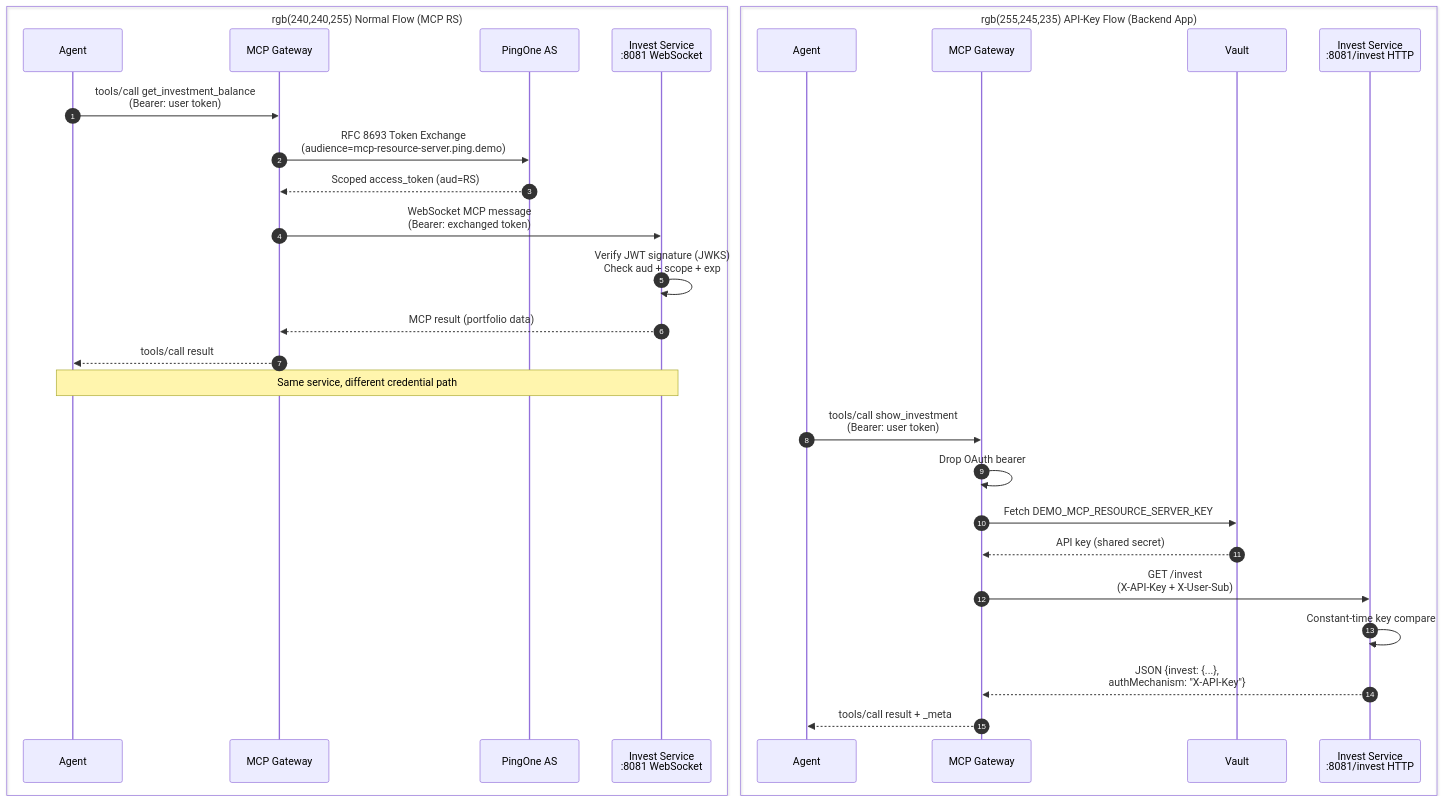
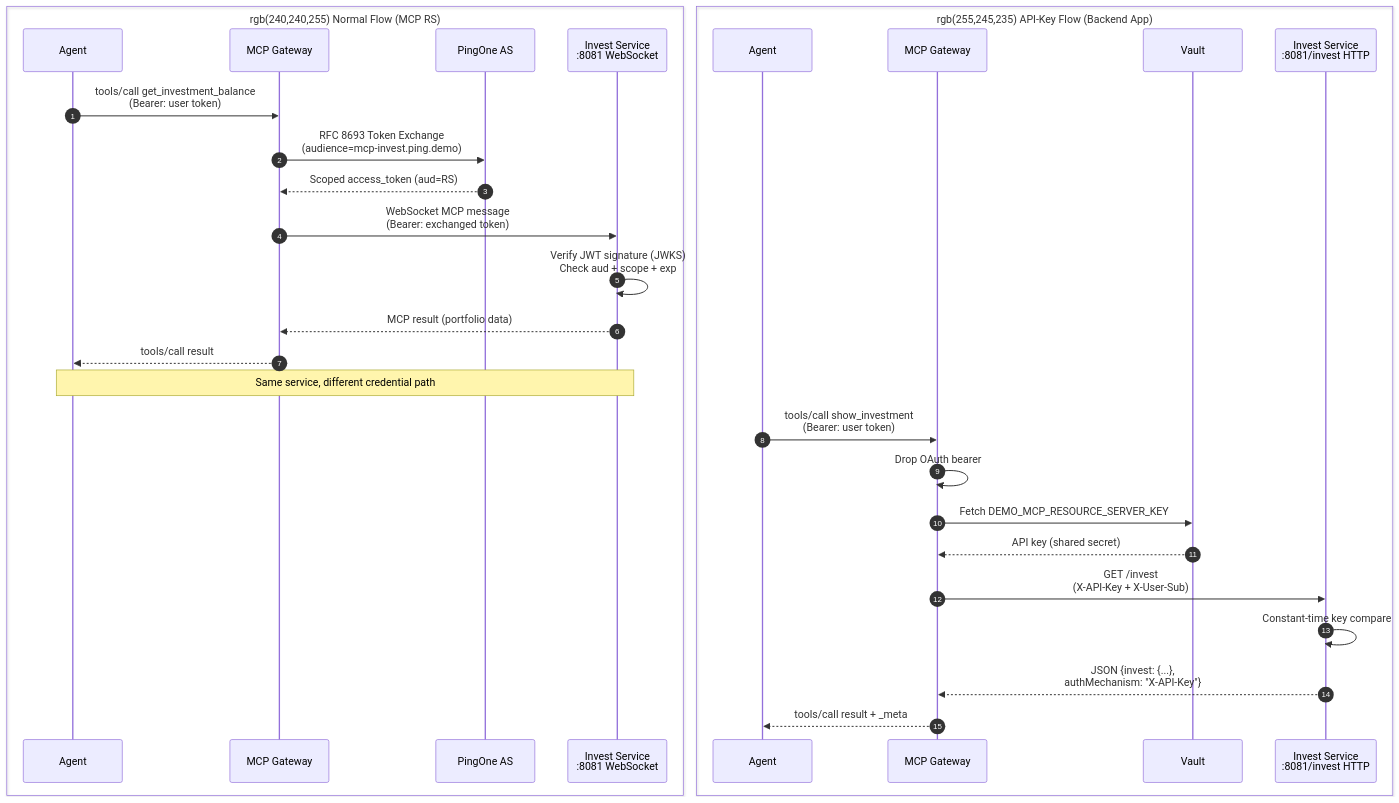
The diagram in docs/diagrams/invest-dual-auth.mmd (curtismu7/AI-DEMO2), drawn with Mermaid before and after one commit. The commit also changed 9 other files, not shown here.

First line of the commit message:
docs(ui): stop teaching mcp-resource-server.ping.demo as the invest audience

```diff
--- a/docs/diagrams/invest-dual-auth.mmd
+++ b/docs/diagrams/invest-dual-auth.mmd
@@ -1,34 +1,34 @@
 sequenceDiagram
     autonumber
     box rgb(240,240,255) Normal Flow (MCP RS)
     participant Agent
     participant GW as MCP Gateway
     participant P1 as PingOne AS
     participant RS as Invest Service<br/>:8081 WebSocket
     end
 
     Agent->>GW: tools/call get_investment_balance<br/>(Bearer: user token)
-    GW->>P1: RFC 8693 Token Exchange<br/>(audience=mcp-resource-server.ping.demo)
+    GW->>P1: RFC 8693 Token Exchange<br/>(audience=mcp-invest.ping.demo)
     P1-->>GW: Scoped access_token (aud=RS)
     GW->>RS: WebSocket MCP message<br/>(Bearer: exchanged token)
     RS->>RS: Verify JWT signature (JWKS)<br/>Check aud + scope + exp
     RS-->>GW: MCP result (portfolio data)
     GW-->>Agent: tools/call result
 
     Note over Agent,RS: Same service, different credential path
 
     box rgb(255,245,235) API-Key Flow (Backend App)
     participant Agent2 as Agent
     participant GW2 as MCP Gateway
     participant Vault as Vault
     participant App as Invest Service<br/>:8081/invest HTTP
     end
 
     Agent2->>GW2: tools/call show_investment<br/>(Bearer: user token)
     GW2->>GW2: Drop OAuth bearer
     GW2->>Vault: Fetch DEMO_MCP_RESOURCE_SERVER_KEY
     Vault-->>GW2: API key (shared secret)
     GW2->>App: GET /invest<br/>(X-API-Key + X-User-Sub)
     App->>App: Constant-time key compare
     App-->>GW2: JSON {invest: {...},<br/>authMechanism: "X-API-Key"}
     GW2-->>Agent2: tools/call result + _meta
```
